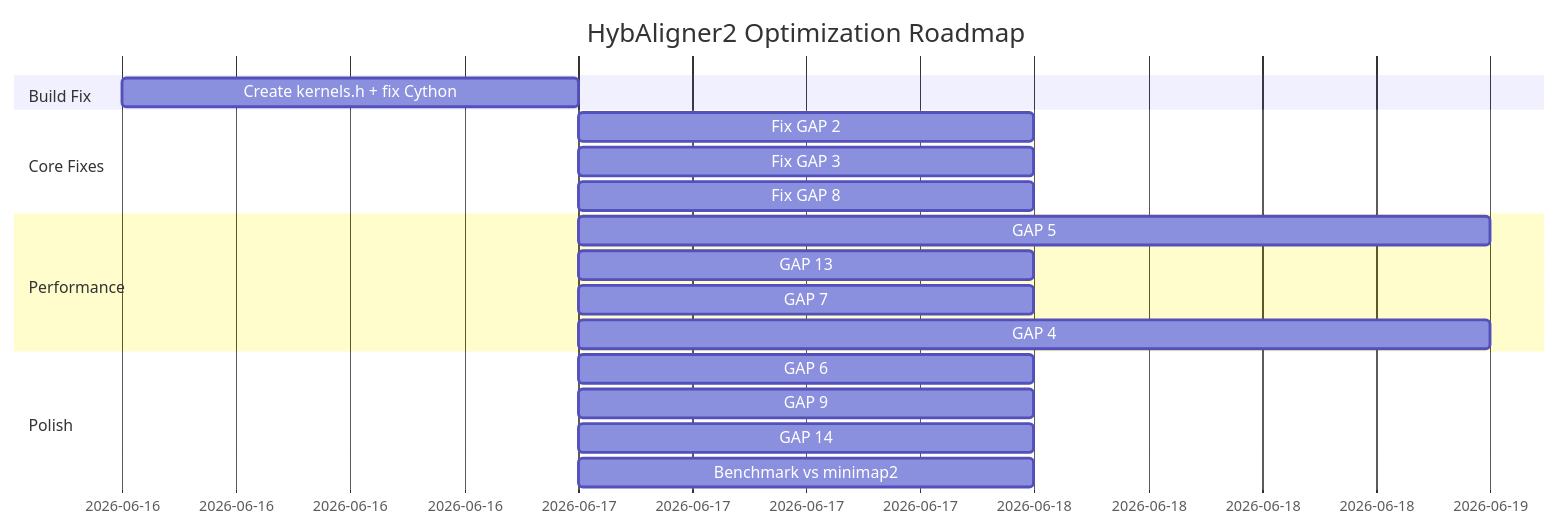
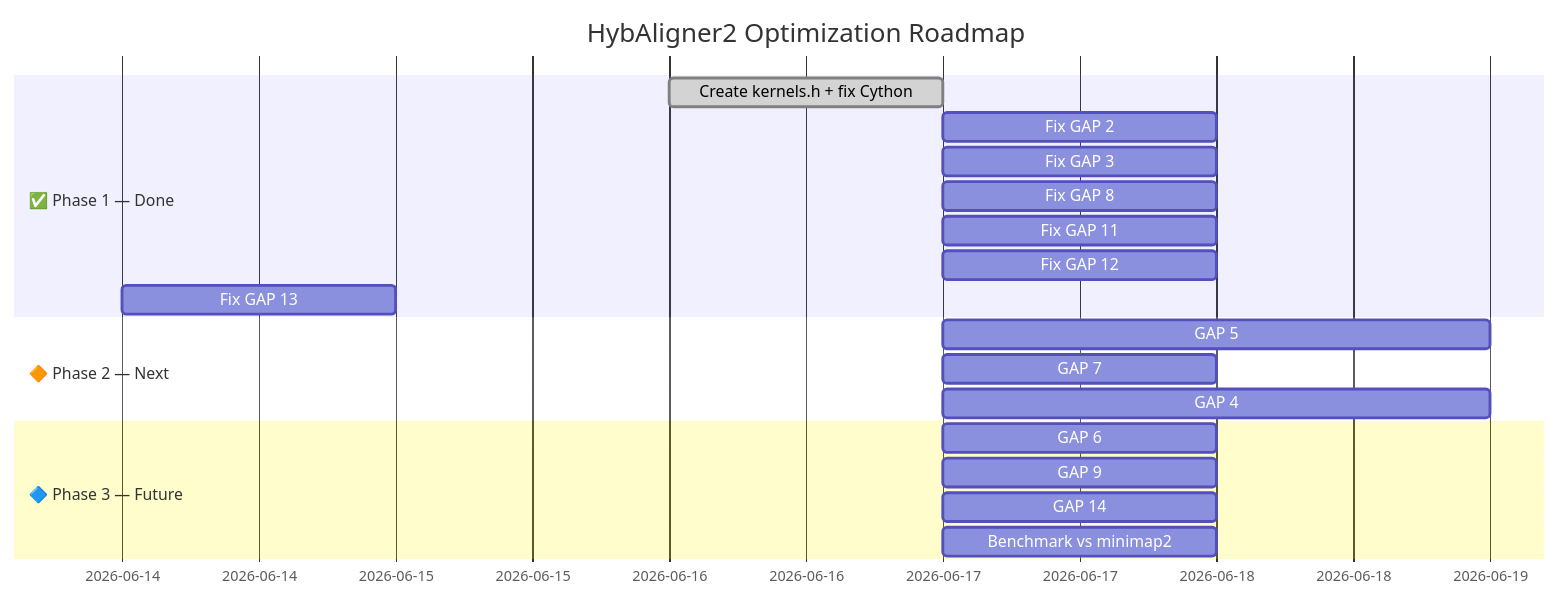
Before and after one commit to s3644/HybAligner2: the second of 2 diagrams in GAP_ANALYSIS.md, drawn with Mermaid. The commit also changed other lines of this file and 11 other files, not shown here.

````diff
--- a/GAP_ANALYSIS.md
+++ b/GAP_ANALYSIS.md
@@ -325,21 +337,22 @@
 ```mermaid
 gantt
     title HybAligner2 Optimization Roadmap
     dateFormat  YYYY-MM-DD
-    section Build Fix
-    Create kernels.h + fix Cython      :a1, 2026-06-16, 1d
-    section Core Fixes
-    Fix GAP 2: Anchor windowing        :a2, after a1, 1d
-    Fix GAP 3: Shared memory auto-cap  :a3, after a2, 1d
-    Fix GAP 8: SW score bugs           :a4, after a3, 1d
-    section Performance
-    GAP 5: Two-stage seeding           :a5, after a4, 2d
-    GAP 13: 2-bit encoding             :a6, after a5, 1d
-    GAP 7: CUDA streams                :a7, after a6, 1d
-    GAP 4: Anchor chaining             :a8, after a7, 2d
-    section Polish
-    GAP 6: Dynamic table sizing        :a9, after a8, 1d
-    GAP 9: Multi-threaded I/O          :a10, after a9, 1d
-    GAP 14: Batch-by-window            :a11, after a10, 1d
-    Benchmark vs minimap2              :a12, after a11, 1d
+    section ✅ Phase 1 — Done
+    Create kernels.h + fix Cython      :done, 2026-06-16, 1d
+    Fix GAP 2: Anchor windowing + center :done2, after done, 1d
+    Fix GAP 3: Local arrays (no shmem)   :done3, after done2, 1d
+    Fix GAP 8: SW score bugs             :done4, after done3, 1d
+    Fix GAP 11: A-padding                :done5, after done4, 1d
+    Fix GAP 12: Boundary reporting       :done6, after done5, 1d
+    Fix GAP 13: 2-bit encoding           :done7, 2026-06-14, 1d
+    section 🔶 Phase 2 — Next
+    GAP 5: Two-stage seeding             :a5, after done6, 2d
+    GAP 7: CUDA streams                  :a7, after a5, 1d
+    GAP 4: Anchor chaining (GPU DP)      :a4, after a7, 2d
+    section 🔷 Phase 3 — Future
+    GAP 6: Dynamic table sizing          :a6, after a4, 1d
+    GAP 9: Multi-threaded I/O            :a9, after a6, 1d
+    GAP 14: Batch-by-window              :a14, after a9, 1d
+    Benchmark vs minimap2                :bench, after a14, 1d
 ```
````
